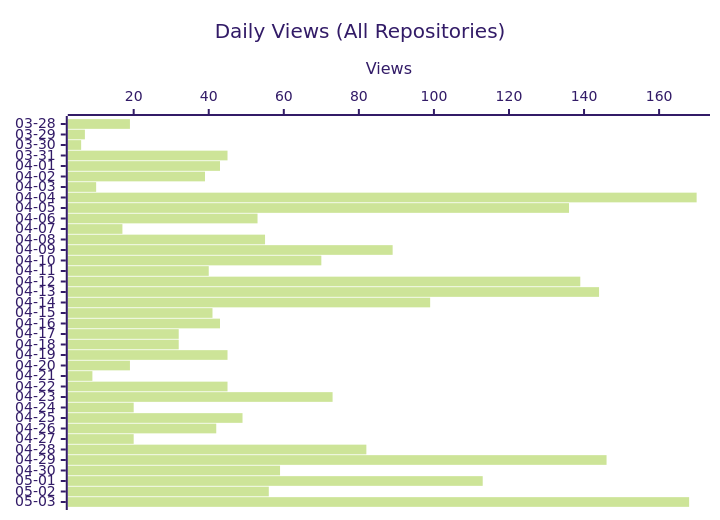
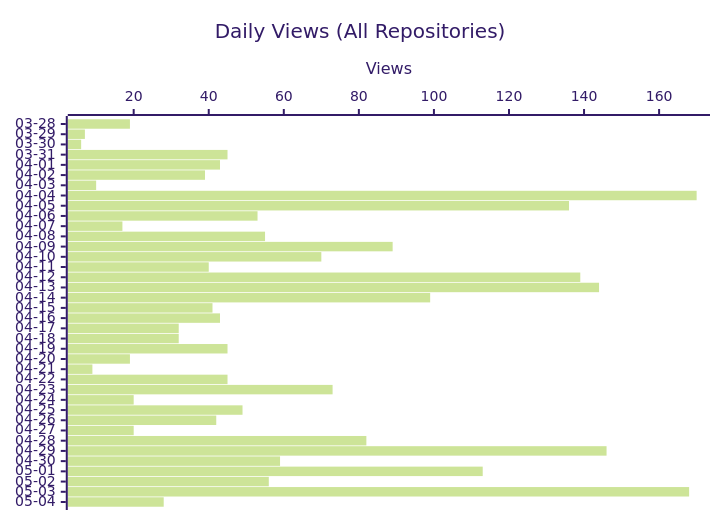
The second of 3 diagrams in README.md (shigechika/github-insights), drawn with Mermaid (forest theme) before and after one commit. The commit also changed other lines of this file and 2 other files, not shown here.

````diff
--- a/README.md
+++ b/README.md
@@ -28,7 +28,7 @@
 ```mermaid
 xychart-beta horizontal
     title "Daily Views (All Repositories)"
-    x-axis ["03-28", "03-29", "03-30", "03-31", "04-01", "04-02", "04-03", "04-04", "04-05", "04-06", "04-07", "04-08", "04-09", "04-10", "04-11", "04-12", "04-13", "04-14", "04-15", "04-16", "04-17", "04-18", "04-19", "04-20", "04-21", "04-22", "04-23", "04-24", "04-25", "04-26", "04-27", "04-28", "04-29", "04-30", "05-01", "05-02", "05-03"]
+    x-axis ["03-28", "03-29", "03-30", "03-31", "04-01", "04-02", "04-03", "04-04", "04-05", "04-06", "04-07", "04-08", "04-09", "04-10", "04-11", "04-12", "04-13", "04-14", "04-15", "04-16", "04-17", "04-18", "04-19", "04-20", "04-21", "04-22", "04-23", "04-24", "04-25", "04-26", "04-27", "04-28", "04-29", "04-30", "05-01", "05-02", "05-03", "05-04"]
     y-axis "Views"
-    bar [19, 7, 6, 45, 43, 39, 10, 170, 136, 53, 17, 55, 89, 70, 40, 139, 144, 99, 41, 43, 32, 32, 45, 19, 9, 45, 73, 20, 49, 42, 20, 82, 146, 59, 113, 56, 168]
+    bar [19, 7, 6, 45, 43, 39, 10, 170, 136, 53, 17, 55, 89, 70, 40, 139, 144, 99, 41, 43, 32, 32, 45, 19, 9, 45, 73, 20, 49, 42, 20, 82, 146, 59, 113, 56, 168, 28]
 ```
````
